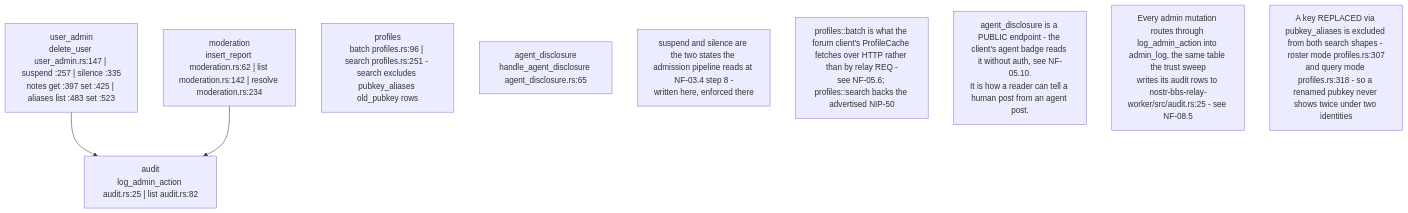
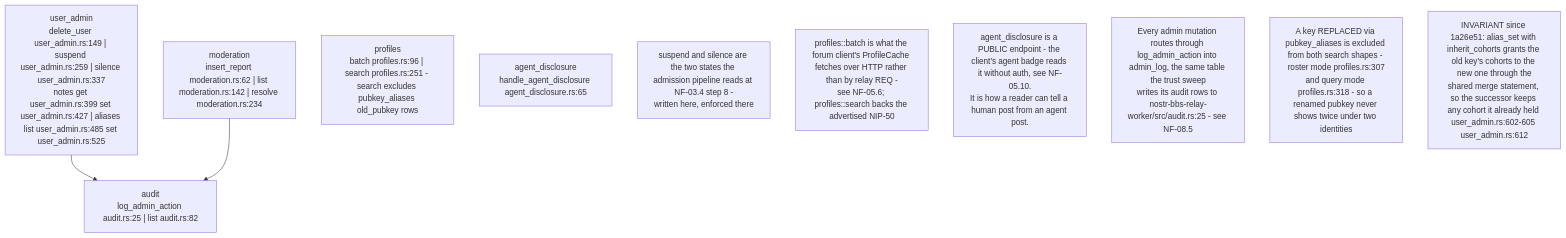
One commit to DreamLab-AI/VisionFlow changed diagram 14 of 16 in docs/diagrams/nostr-rust-forum/11-relay-durable-object-internals.md. Above: the diagram before and after it, drawn with Mermaid. The commit also changed other lines of this file and 31 other files, not shown here.

````diff
--- a/docs/diagrams/nostr-rust-forum/11-relay-durable-object-internals.md
+++ b/docs/diagrams/nostr-rust-forum/11-relay-durable-object-internals.md
@@ -409,17 +409,18 @@
 ```mermaid
 flowchart TB
-    UA["user_admin<br/>delete_user user_admin.rs:147 | suspend :257 | silence :335<br/>notes get :397 set :425 | aliases list :483 set :523"]
+    UA["user_admin<br/>delete_user user_admin.rs:149 | suspend user_admin.rs:259 | silence user_admin.rs:337<br/>notes get user_admin.rs:399 set user_admin.rs:427 | aliases list user_admin.rs:485 set user_admin.rs:525"]
     MOD["moderation<br/>insert_report moderation.rs:62 | list moderation.rs:142 | resolve moderation.rs:234"]
     AUD["audit<br/>log_admin_action audit.rs:25 | list audit.rs:82"]
     PRO["profiles<br/>batch profiles.rs:96 | search profiles.rs:251 - search excludes pubkey_aliases old_pubkey rows"]
     AGD["agent_disclosure<br/>handle_agent_disclosure agent_disclosure.rs:65"]
 
     UA --> AUD
     MOD --> AUD
 
     N1["suspend and silence are the two states the admission pipeline reads at NF-03.4 step 8 -<br/>written here, enforced there"]
     N2["profiles::batch is what the forum client's ProfileCache fetches over HTTP rather than by relay REQ -<br/>see NF-05.6; profiles::search backs the advertised NIP-50"]
     N3["agent_disclosure is a PUBLIC endpoint - the client's agent badge reads it without auth, see NF-05.10.<br/>It is how a reader can tell a human post from an agent post."]
     N4["Every admin mutation routes through log_admin_action into admin_log, the same table the trust sweep<br/>writes its audit rows to nostr-bbs-relay-worker/src/audit.rs:25 - see NF-08.5"]
     N5["A key REPLACED via pubkey_aliases is excluded from both search shapes - roster mode profiles.rs:307<br/>and query mode profiles.rs:318 - so a renamed pubkey never shows twice under two identities"]
+    N6["INVARIANT since 1a26e51: alias_set with inherit_cohorts grants the old key's cohorts to the new one through the<br/>shared merge statement, so the successor keeps any cohort it already held user_admin.rs:602-605 user_admin.rs:612"]
 ```
````
